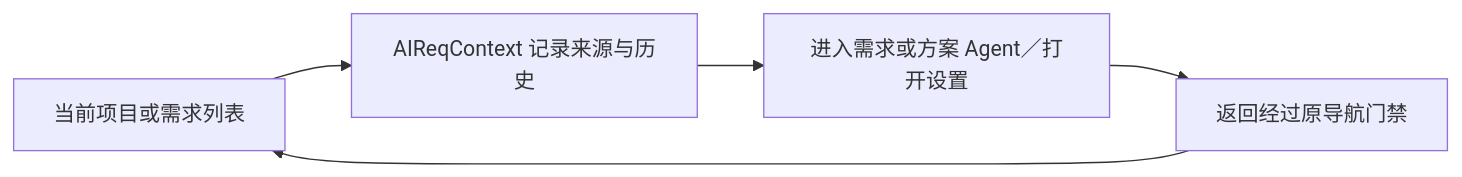
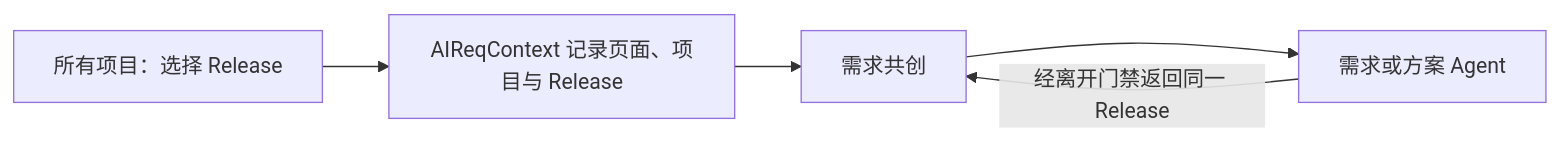
The diagram in docs/specs/aireq/section-navigation-and-ideas.md (jchanghong023/ZCode), drawn with Mermaid before and after one commit. The commit also changed other lines of this file and 37 other files, not shown here.

````diff
--- a/docs/specs/aireq/section-navigation-and-ideas.md
+++ b/docs/specs/aireq/section-navigation-and-ideas.md
@@ -25,7 +25,7 @@
 ```mermaid
 flowchart LR
-  A[当前项目或需求列表] --> B[AIReqContext 记录来源与历史]
-  B --> C[进入需求或方案 Agent／打开设置]
-  C --> D[返回经过原导航门禁]
-  D --> A
+  A[所有项目：选择 Release] --> B[AIReqContext 记录页面、项目与 Release]
+  B --> C[需求共创]
+  C --> D[需求或方案 Agent]
+  D -->|经离开门禁返回同一 Release| C
 ```
````
